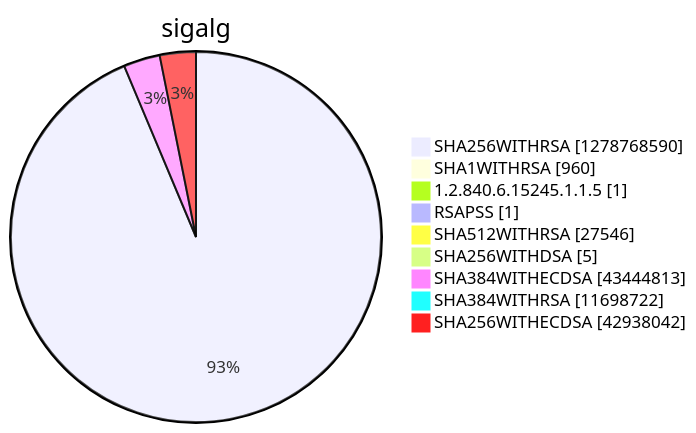
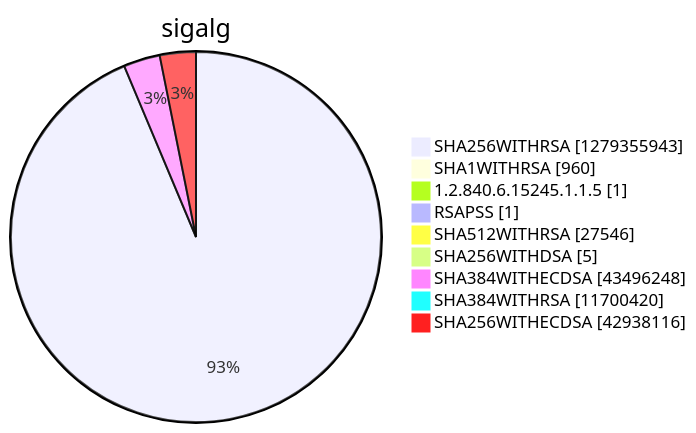
One commit to christiankrug/ctmonitor_visualization changed diagram 15 of 15 in argon2022/README.md. Above: the diagram before and after it, drawn with Mermaid. The commit also changed other lines of this file, not shown here.

````diff
--- a/argon2022/README.md
+++ b/argon2022/README.md
@@ -5522,13 +5522,13 @@
 ```mermaid
 pie showData
 title sigalg
-"SHA256WITHRSA" :1278768590
+"SHA256WITHRSA" :1279355943
 "SHA1WITHRSA" :960
 "1.2.840.6.15245.1.1.5" :1
 "RSAPSS" :1
 "SHA512WITHRSA" :27546
 "SHA256WITHDSA" :5
-"SHA384WITHECDSA" :43444813
-"SHA384WITHRSA" :11698722
-"SHA256WITHECDSA" :42938042
+"SHA384WITHECDSA" :43496248
+"SHA384WITHRSA" :11700420
+"SHA256WITHECDSA" :42938116
 ```
````
